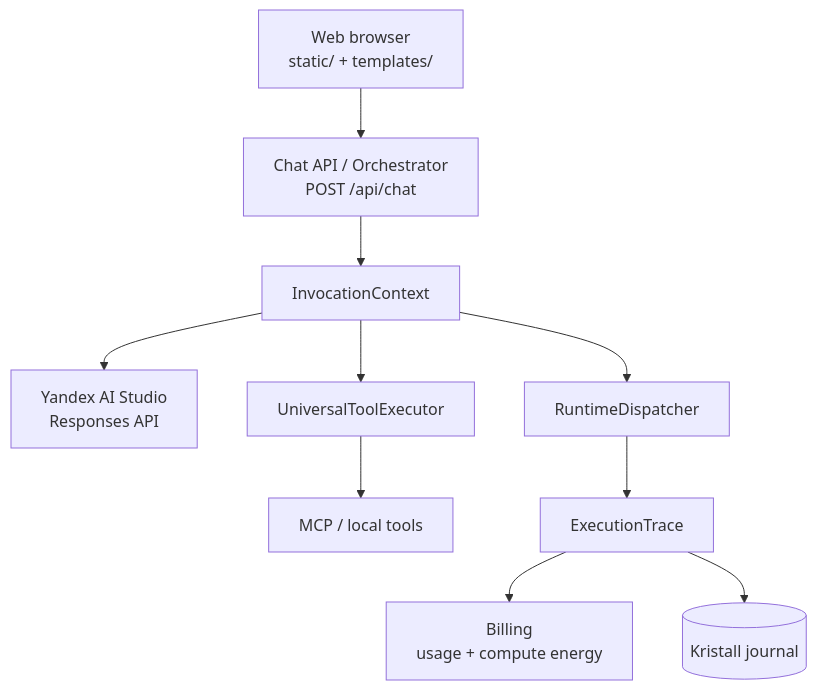
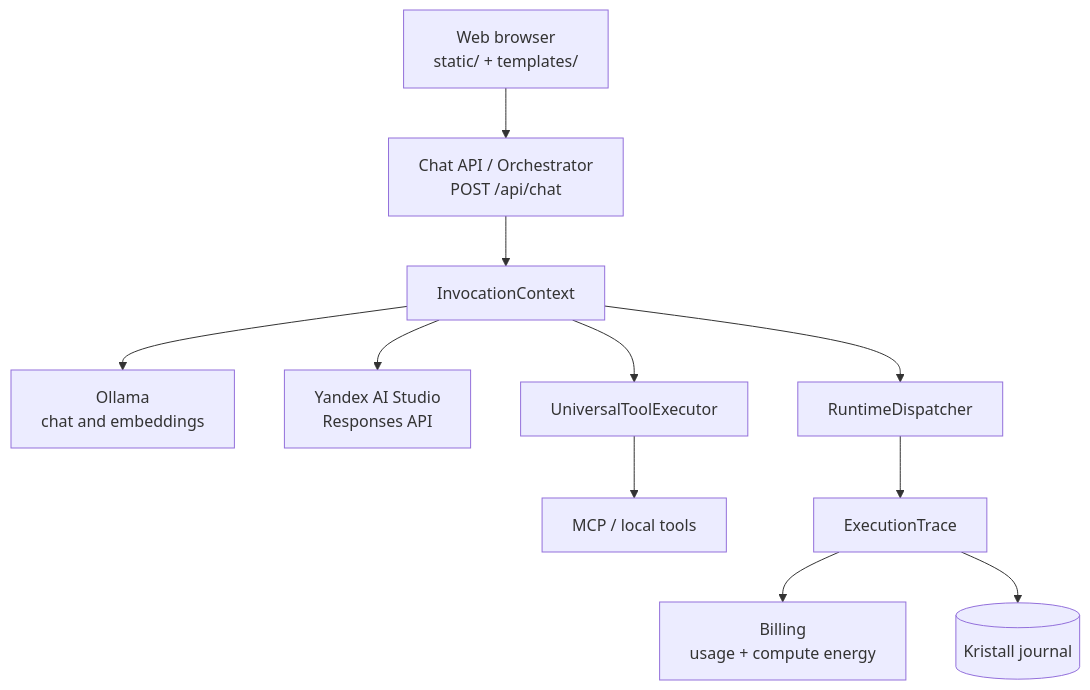
Before and after one commit to maksimp6/Chat: the diagram in README.md, drawn with Mermaid. The commit also changed other lines of this file and 73 other files, not shown here.

````diff
--- a/README.md
+++ b/README.md
@@ -93,12 +93,13 @@
 ```mermaid
 flowchart TD
     U["Web browser<br/>static/ + templates/"] --> O["Chat API / Orchestrator<br/>POST /api/chat"]
     O --> C["InvocationContext"]
+    C --> L["Ollama<br/>chat and embeddings"]
     C --> Y["Yandex AI Studio<br/>Responses API"]
     C --> T["UniversalToolExecutor"]
     T --> M["MCP / local tools"]
     C --> R["RuntimeDispatcher"]
     R --> X["ExecutionTrace"]
     X --> B["Billing<br/>usage + compute energy"]
     X --> K[("Kristall journal")]
 ```
````
